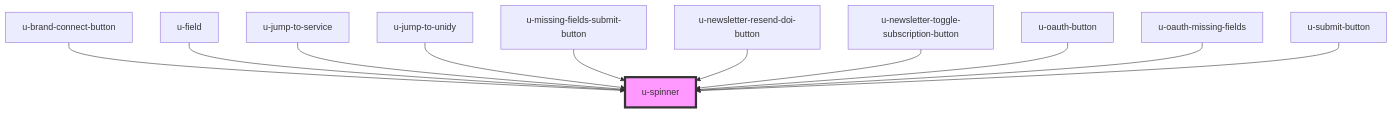
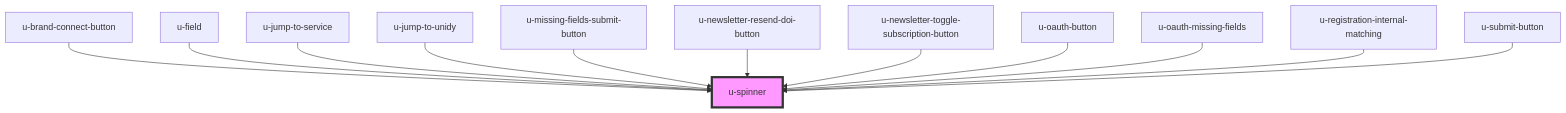
Before and after one commit to UnidyID/unidy-sdk: the diagram in packages/sdk/src/shared/components/spinner/readme.md, drawn with Mermaid. The commit also changed other lines of this file and 22 other files, not shown here.

First line of the commit message:
feat: add u-registration-internal-matching component

````diff
--- a/packages/sdk/src/shared/components/spinner/readme.md
+++ b/packages/sdk/src/shared/components/spinner/readme.md
@@ -111,14 +112,15 @@
 ```mermaid
 graph TD;
   u-brand-connect-button --> u-spinner
   u-field --> u-spinner
   u-jump-to-service --> u-spinner
   u-jump-to-unidy --> u-spinner
   u-missing-fields-submit-button --> u-spinner
   u-newsletter-resend-doi-button --> u-spinner
   u-newsletter-toggle-subscription-button --> u-spinner
   u-oauth-button --> u-spinner
   u-oauth-missing-fields --> u-spinner
+  u-registration-internal-matching --> u-spinner
   u-submit-button --> u-spinner
   style u-spinner fill:#f9f,stroke:#333,stroke-width:4px
 ```
````
